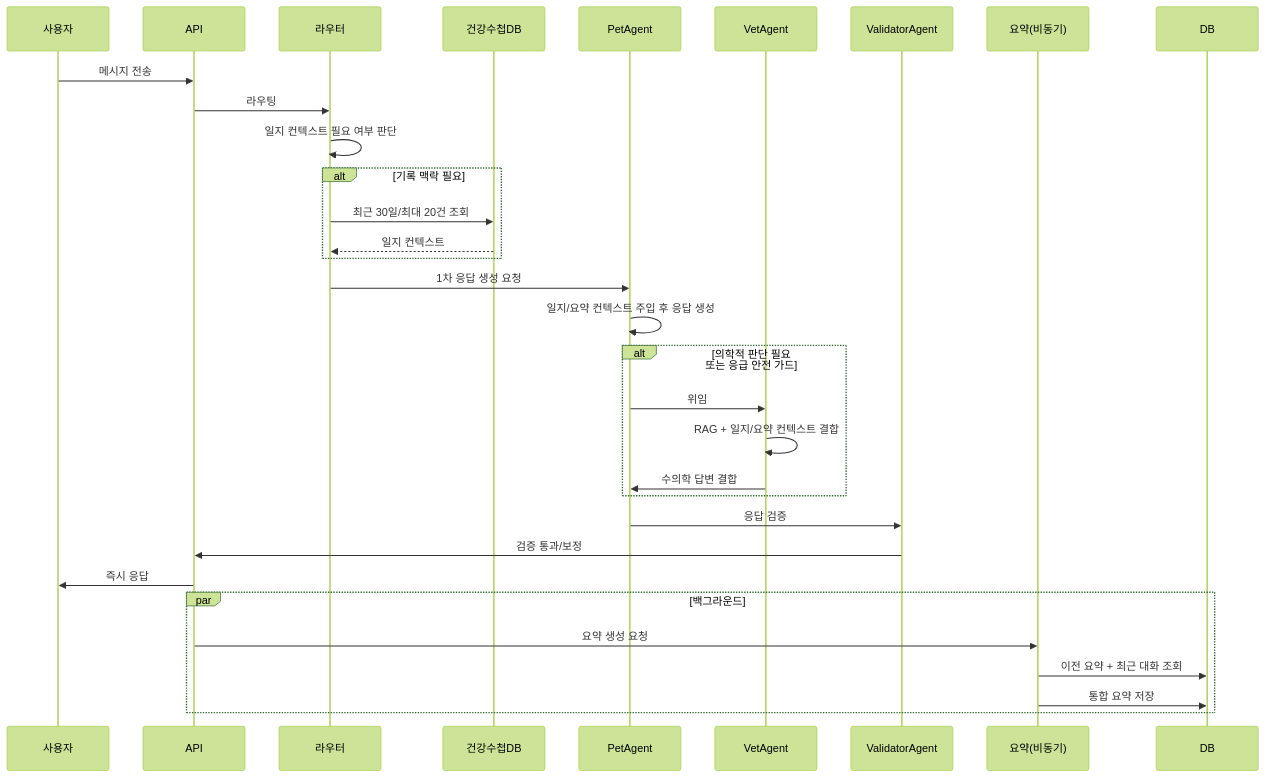
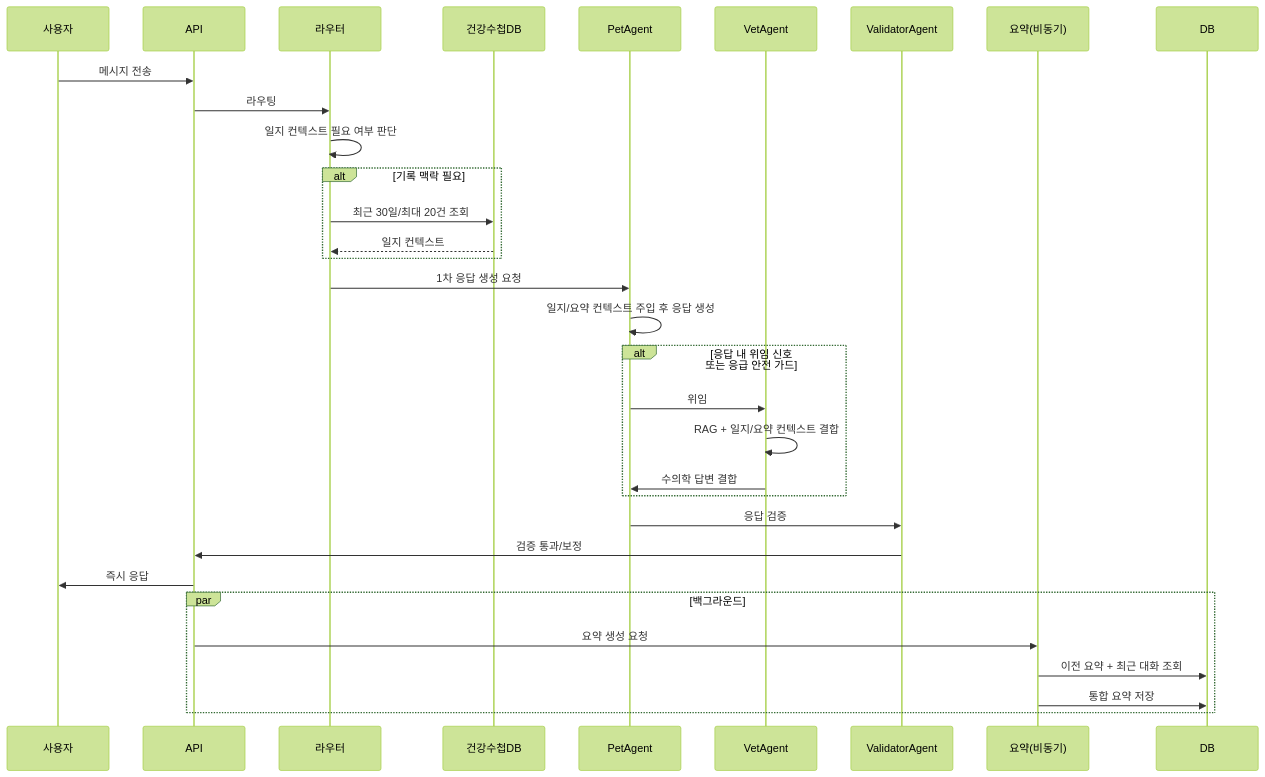
The second of 2 diagrams in blog/barabomlog/2026-02-24-advanced-prompting/index.md (KimJeonghun91/Kimjeonghun91.github.io), drawn with Mermaid (forest theme) before and after one commit. The commit also changed other lines of this file, not shown here.

````diff
--- a/blog/barabomlog/2026-02-24-advanced-prompting/index.md
+++ b/blog/barabomlog/2026-02-24-advanced-prompting/index.md
@@ -109,38 +116,38 @@
 ```mermaid
 sequenceDiagram
     participant User as 사용자
     participant API as API
     participant Router as 라우터
     participant Diary as 건강수첩DB
     participant Pet as PetAgent
     participant Vet as VetAgent
     participant Validator as ValidatorAgent
     participant Summary as 요약(비동기)
     participant DB as DB
 
     User->>API: 메시지 전송
     API->>Router: 라우팅
     Router->>Router: 일지 컨텍스트 필요 여부 판단
     alt 기록 맥락 필요
         Router->>Diary: 최근 30일/최대 20건 조회
         Diary-->>Router: 일지 컨텍스트
     end
     Router->>Pet: 1차 응답 생성 요청
     Pet->>Pet: 일지/요약 컨텍스트 주입 후 응답 생성
 
-    alt 의학적 판단 필요 또는 응급 안전 가드
+    alt 응답 내 위임 신호 또는 응급 안전 가드
         Pet->>Vet: 위임
         Vet->>Vet: RAG + 일지/요약 컨텍스트 결합
         Vet->>Pet: 수의학 답변 결합
     end
 
     Pet->>Validator: 응답 검증
     Validator->>API: 검증 통과/보정
     API->>User: 즉시 응답
 
     par 백그라운드
         API->>Summary: 요약 생성 요청
         Summary->>DB: 이전 요약 + 최근 대화 조회
         Summary->>DB: 통합 요약 저장
     end
 ```
````
